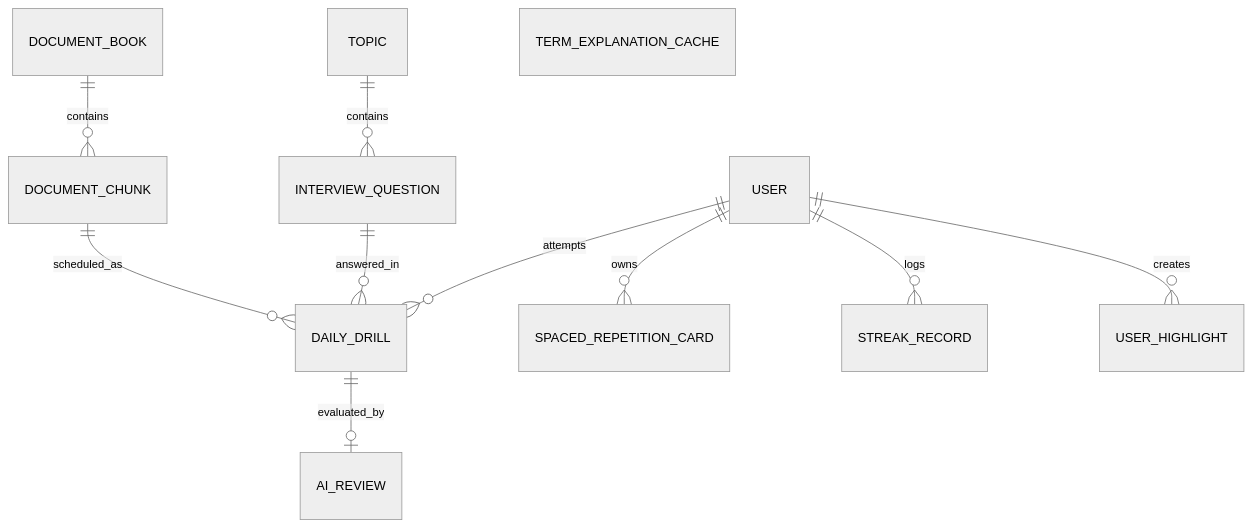
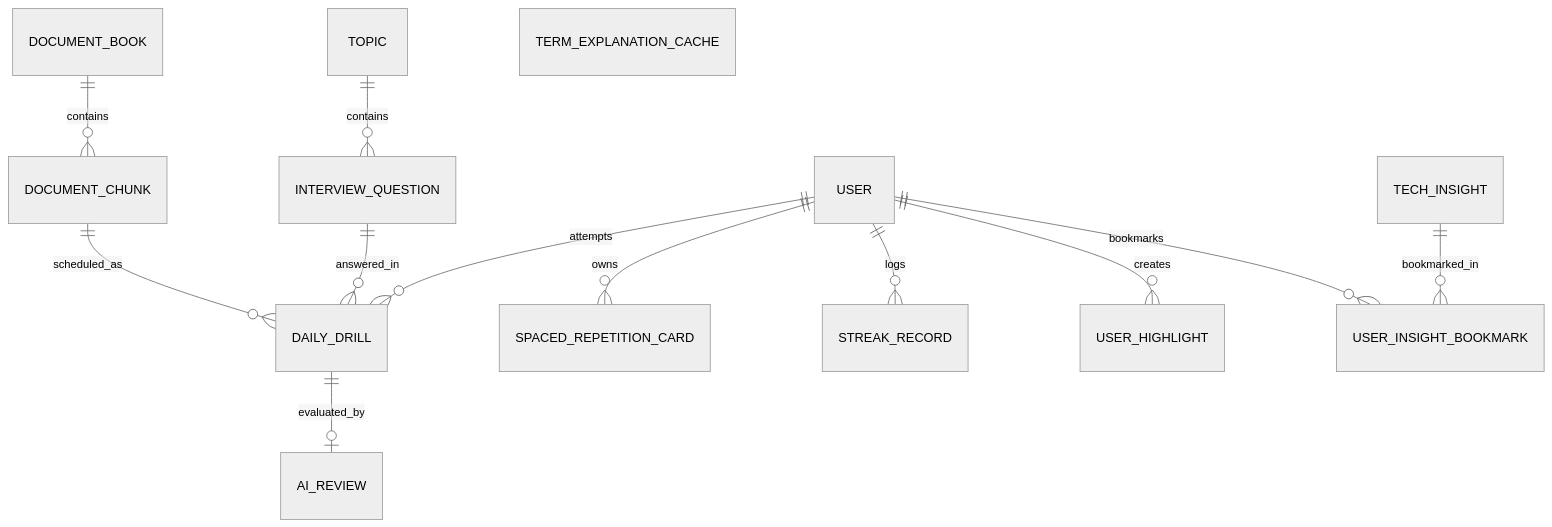
Before and after one commit to Duycld03/techdaily: the diagram in docs/database-design.md, drawn with Mermaid (neutral theme). The commit also changed other lines of this file and 3 other files, not shown here.

Commit message:
docs: update architecture, api, db, and domain invariants for bookmark persistence and notes hub

````diff
--- a/docs/database-design.md
+++ b/docs/database-design.md
@@ -10,13 +10,15 @@
 ```mermaid
 erDiagram
     DOCUMENT_BOOK ||--o{ DOCUMENT_CHUNK : contains
     DOCUMENT_CHUNK ||--o{ DAILY_DRILL : scheduled_as
     TOPIC ||--o{ INTERVIEW_QUESTION : contains
     USER ||--o{ DAILY_DRILL : attempts
     INTERVIEW_QUESTION ||--o{ DAILY_DRILL : answered_in
     DAILY_DRILL ||--o| AI_REVIEW : evaluated_by
     USER ||--o{ SPACED_REPETITION_CARD : owns
     USER ||--o{ STREAK_RECORD : logs
     USER ||--o{ USER_HIGHLIGHT : creates
+    USER ||--o{ USER_INSIGHT_BOOKMARK : bookmarks
+    TECH_INSIGHT ||--o{ USER_INSIGHT_BOOKMARK : bookmarked_in
     TERM_EXPLANATION_CACHE
 ```
````
